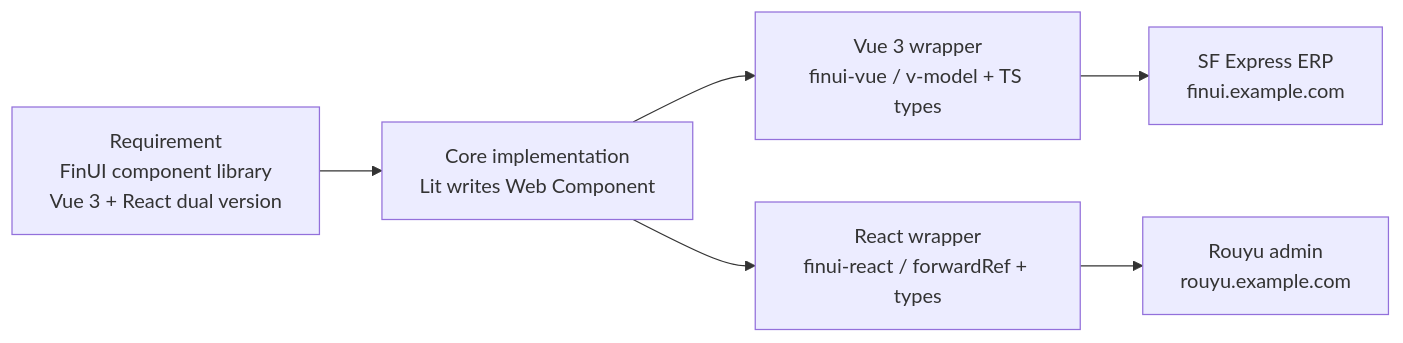
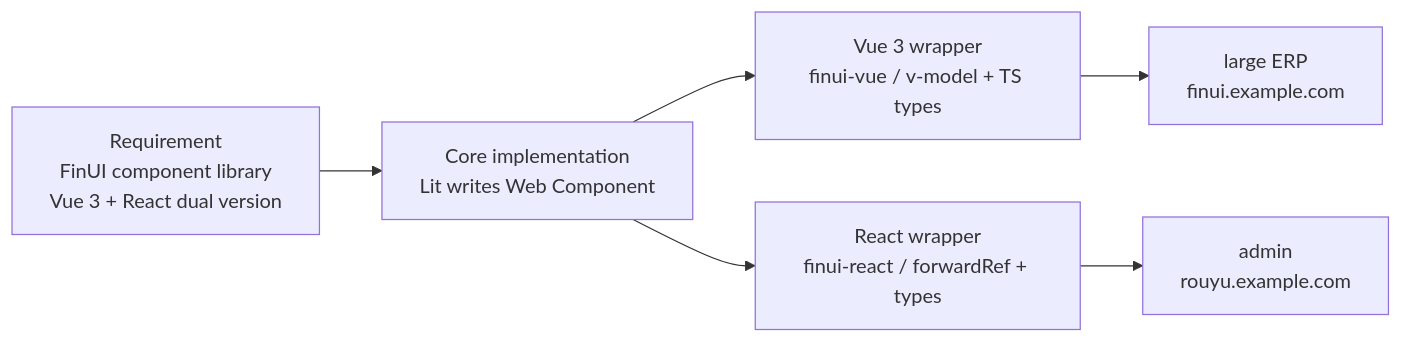
Before and after one commit to lovanya/lovanya.github.io: the second of 2 diagrams in src/content/blog/en/web-components-cross-framework.mdx, drawn with Mermaid. The commit also changed other lines of this file and 61 other files, not shown here.

Commit message:
style(series): remove resume mentions and personal company references from architect series

````diff
--- a/src/content/blog/en/web-components-cross-framework.mdx
+++ b/src/content/blog/en/web-components-cross-framework.mdx
@@ -179,8 +179,8 @@
 ```mermaid
 graph LR
   A[Requirement<br/>FinUI component library<br/>Vue 3 + React dual version] --> B[Core implementation<br/>Lit writes Web Component]
   B --> C[Vue 3 wrapper<br/>finui-vue / v-model + TS types]
   B --> D[React wrapper<br/>finui-react / forwardRef + types]
-  C --> E[SF Express ERP<br/>finui.example.com]
-  D --> F[Rouyu admin<br/>rouyu.example.com]
+  C --> E[large ERP<br/>finui.example.com]
+  D --> F[ admin<br/>rouyu.example.com]
 ```
````
